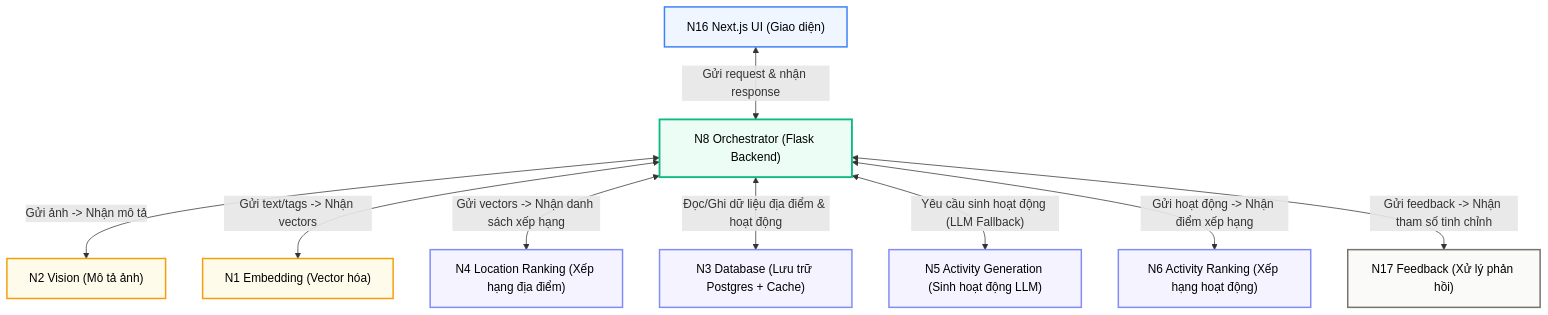
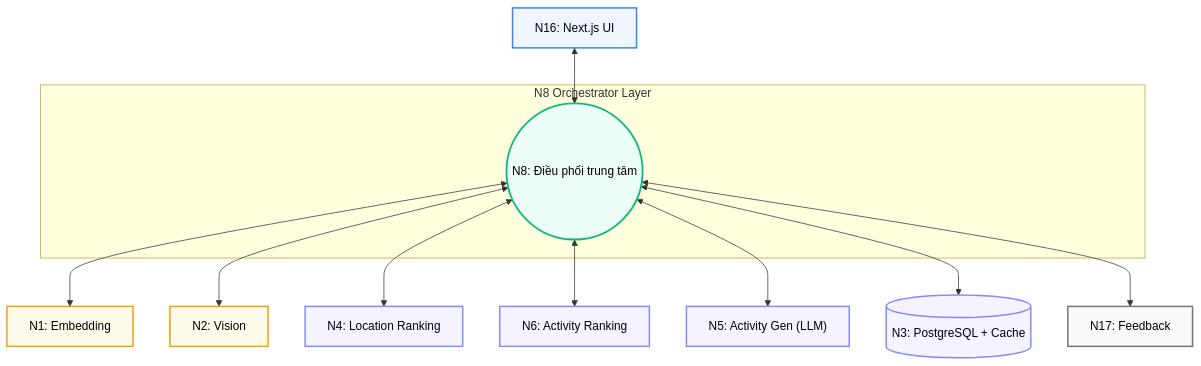
One commit to ltk6/travel-exp-planner changed the first of 6 diagrams in docs/modules/n8_orchestrator.md. Above: the diagram before and after it, drawn with Mermaid. The commit also changed other lines of this file and 52 other files, not shown here.

````diff
--- a/docs/modules/n8_orchestrator.md
+++ b/docs/modules/n8_orchestrator.md
@@ -52,32 +21,23 @@
 ```mermaid
 %%{init: {'flowchart': {'useMaxWidth': false}}}%%
 graph TD
     classDef client fill:#eff6ff,stroke:#3b82f6,stroke-width:2px,color:#000000;
     classDef orchestrator fill:#ecfdf5,stroke:#10b981,stroke-width:2.5px,color:#000000;
     classDef core fill:#f5f3ff,stroke:#818cf8,stroke-width:2px,color:#000000;
     classDef ml fill:#fffbeb,stroke:#f59e0b,stroke-width:2px,color:#000000;
     classDef feedback fill:#fafaf9,stroke:#78716c,stroke-width:2px,color:#000000;
 
-    UI["N16 Next.js UI (Giao diện)"]:::client
-    N8["N8 Orchestrator (Flask Backend)"]:::orchestrator
-
-    %% Modules bên dưới
-    N2["N2 Vision (Mô tả ảnh)"]:::ml
-    N1["N1 Embedding (Vector hóa)"]:::ml
-    N4["N4 Location Ranking (Xếp hạng địa điểm)"]:::core
-    N3["N3 Database (Lưu trữ Postgres + Cache)"]:::core
-    N5["N5 Activity Generation (Sinh hoạt động LLM)"]:::core
-    N6["N6 Activity Ranking (Xếp hạng hoạt động)"]:::core
-    N17["N17 Feedback (Xử lý phản hồi)"]:::feedback
-
-    %% Luồng giao tiếp và vai trò điều phối của N8
-    UI <-->|"Gửi request & nhận response"| N8
-
-    N8 <-->|"Gửi ảnh -> Nhận mô tả"| N2
-    N8 <-->|"Gửi text/tags -> Nhận vectors"| N1
-    N8 <-->|"Gửi vectors -> Nhận danh sách xếp hạng"| N4
-    N8 <-->|"Đọc/Ghi dữ liệu địa điểm & hoạt động"| N3
-    N8 <-->|"Yêu cầu sinh hoạt động (LLM Fallback)"| N5
-    N8 <-->|"Gửi hoạt động -> Nhận điểm xếp hạng"| N6
-    N8 <-->|"Gửi feedback -> Nhận tham số tinh chỉnh"| N17
+    N16["N16: Next.js UI"]:::client <--> N8
+    
+    subgraph "N8 Orchestrator Layer"
+        N8(("N8: Điều phối trung tâm")):::orchestrator
+    end
+    
+    N8 <--> N1["N1: Embedding"]:::ml
+    N8 <--> N2["N2: Vision"]:::ml
+    N8 <--> N4["N4: Location Ranking"]:::core
+    N8 <--> N6["N6: Activity Ranking"]:::core
+    N8 <--> N5["N5: Activity Gen (LLM)"]:::core
+    N8 <--> N3[("N3: PostgreSQL + Cache")]:::core
+    N8 <--> N17["N17: Feedback"]:::feedback
 ```
````
